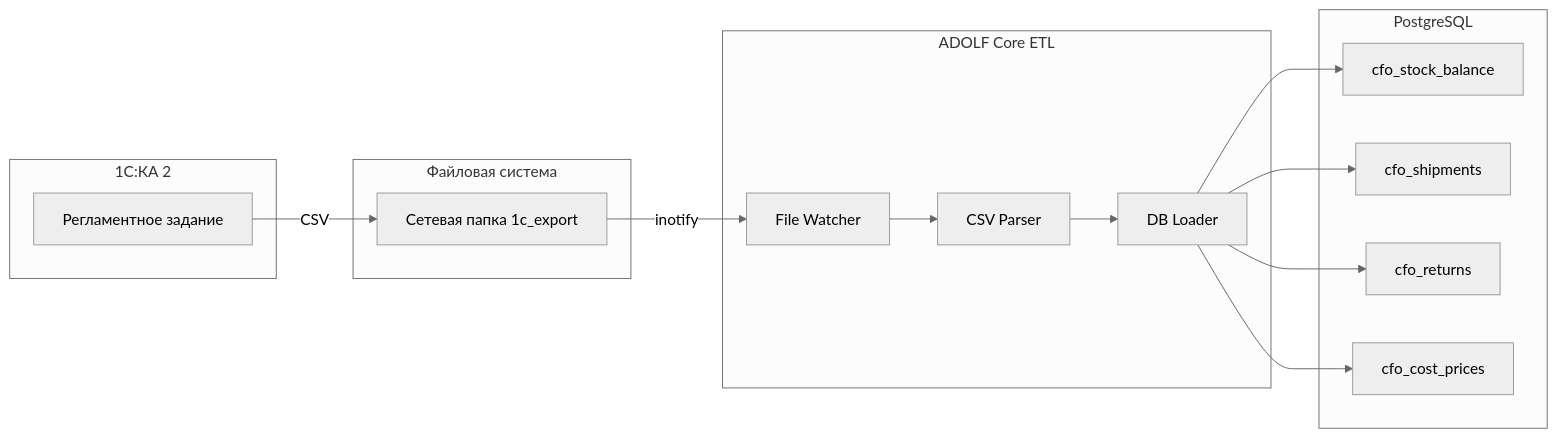
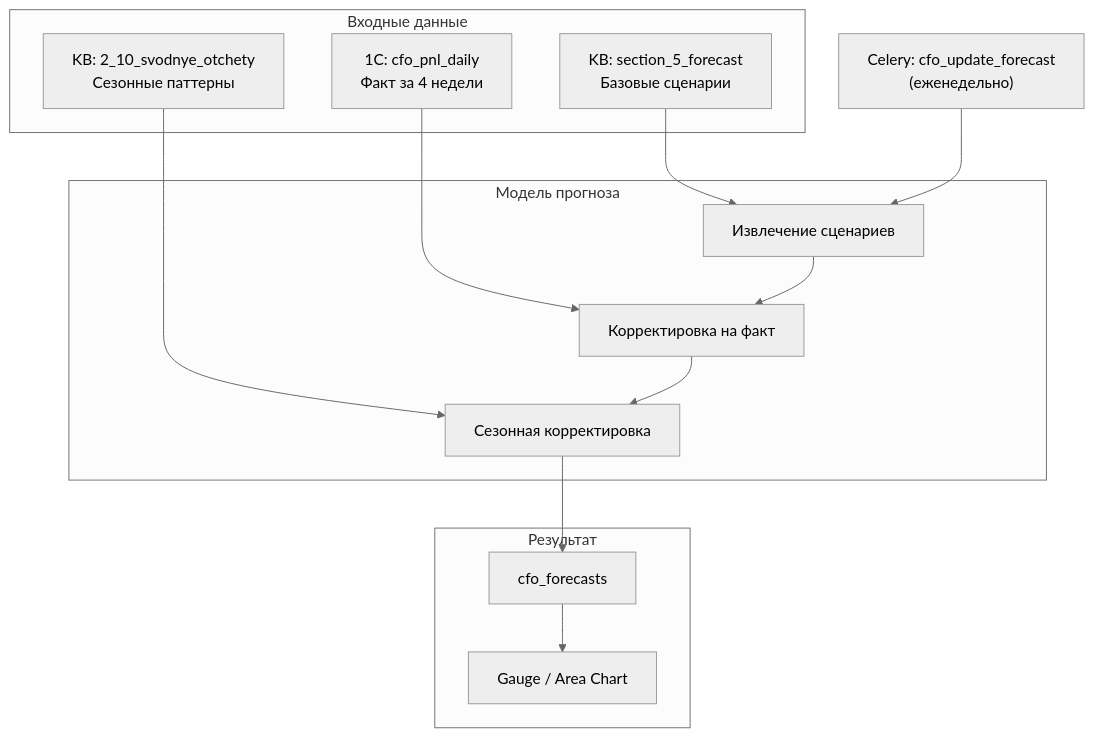
Before and after one commit to Sign25/Docs: the fourth of 5 diagrams in cfo/adolf_cfo_4_open_webui.md, drawn with Mermaid (neutral theme). The commit also changed other lines of this file, not shown here.

Commit message:
CFO: Раздел 4 v1.2 — стратегическая аналитика из KB Qdrant, 12 KPI (опер.+стратег.), 11 категорий баннеров, прогнозная модель (3 сценария), severity-индикация, удалён ETL

````diff
--- a/cfo/adolf_cfo_4_open_webui.md
+++ b/cfo/adolf_cfo_4_open_webui.md
@@ -756,32 +1210,31 @@
 ```mermaid
-flowchart LR
-    subgraph ONE_C["1С:КА 2"]
-        EXPORT["Регламентное задание"]
+flowchart TB
+    subgraph INPUTS["Входные данные"]
+        KB_FORECAST["KB: section_5_forecast<br/>Базовые сценарии"]
+        KB_SEASON["KB: 2_10_svodnye_otchety<br/>Сезонные паттерны"]
+        ACTUAL["1С: cfo_pnl_daily<br/>Факт за 4 недели"]
     end
 
-    subgraph FS["Файловая система"]
-        INBOX["Сетевая папка 1c_export"]
+    CELERY["Celery: cfo_update_forecast<br/>(еженедельно)"]
+
+    subgraph MODEL["Модель прогноза"]
+        EXTRACT["Извлечение сценариев"]
+        ADJUST["Корректировка на факт"]
+        SEASON["Сезонная корректировка"]
     end
 
-    subgraph ETL["ADOLF Core ETL"]
-        WATCHER_FS["File Watcher"]
-        PARSER["CSV Parser"]
-        LOADER["DB Loader"]
+    subgraph OUTPUT["Результат"]
+        PG["cfo_forecasts"]
+        CHART["Gauge / Area Chart"]
     end
 
-    subgraph DB["PostgreSQL"]
-        STOCK["cfo_stock_balance"]
-        SHIP["cfo_shipments"]
-        RET["cfo_returns"]
-        COST["cfo_cost_prices"]
-    end
+    KB_FORECAST --> EXTRACT
+    ACTUAL --> ADJUST
+    KB_SEASON --> SEASON
 
-    EXPORT -->|"CSV"| INBOX
-    INBOX -->|"inotify"| WATCHER_FS
-    WATCHER_FS --> PARSER
-    PARSER --> LOADER
-    LOADER --> STOCK
-    LOADER --> SHIP
-    LOADER --> RET
-    LOADER --> COST
+    CELERY --> EXTRACT
+    EXTRACT --> ADJUST
+    ADJUST --> SEASON
+    SEASON --> PG
+    PG --> CHART
 ```
````
